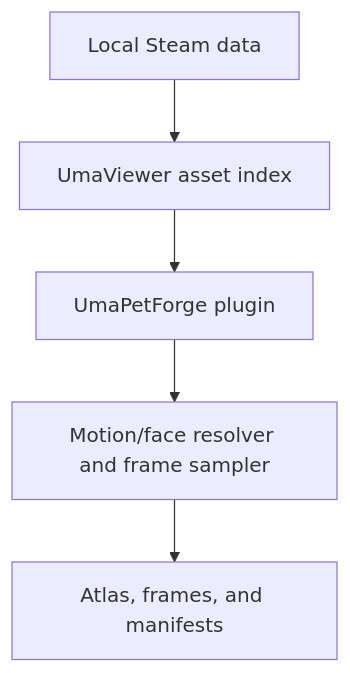
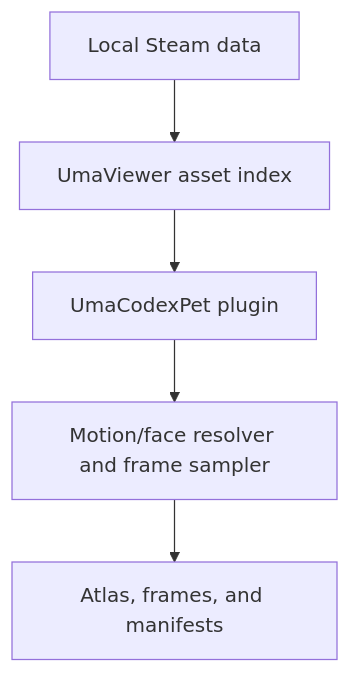
One commit to pqqqqqdev/UmaCodexPet changed the diagram in README.md. Above: the diagram before and after it, drawn with Mermaid. The commit also changed other lines of this file and 17 other files, not shown here.

First line of the commit message:
Rename project to UmaCodexPet

````diff
--- a/README.md
+++ b/README.md
@@ -349,7 +356,7 @@
 ```mermaid
 flowchart TD
     A["Local Steam data"] --> B["UmaViewer asset index"]
-    B --> C["UmaPetForge plugin"]
+    B --> C["UmaCodexPet plugin"]
     C --> D["Motion/face resolver and frame sampler"]
     D --> E["Atlas, frames, and manifests"]
 ```
````
